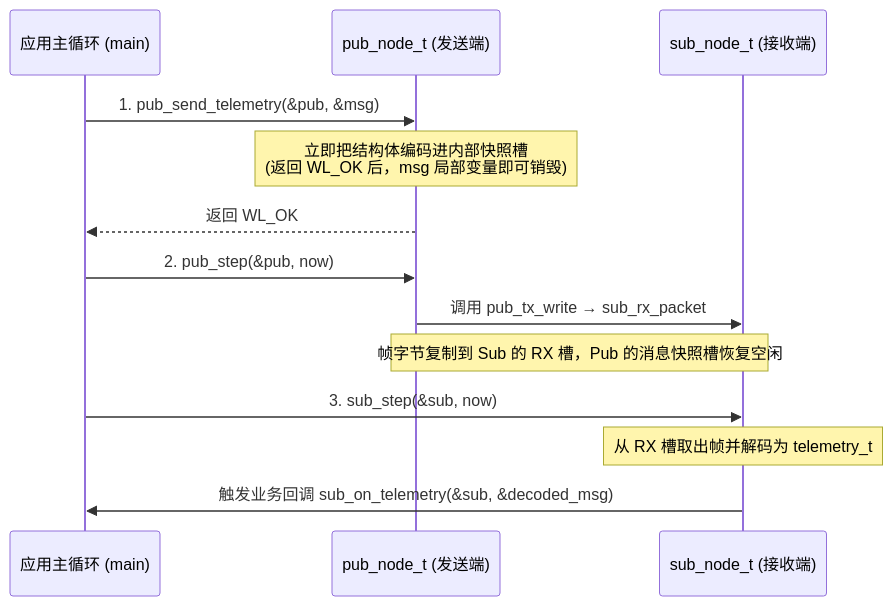
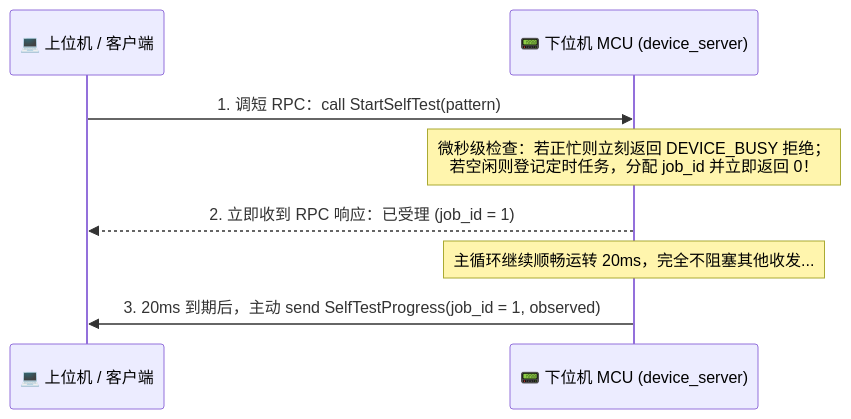
Before and after one commit to starwey604/wirelink: the second of 2 diagrams in site/src/content/docs/zh-cn/learn/02-telemetry.mdx, drawn with Mermaid. The commit also changed other lines of this file and 14 other files, not shown here.

````diff
--- a/site/src/content/docs/zh-cn/learn/02-telemetry.mdx
+++ b/site/src/content/docs/zh-cn/learn/02-telemetry.mdx
@@ -163,18 +174,11 @@
 ```mermaid
 sequenceDiagram
-  participant App as 应用主循环 (main)
-  participant Pub as pub_node_t (发送端)
-  participant Sub as sub_node_t (接收端)
+  participant Client as 💻 上位机 / 客户端
+  participant Server as 📟 下位机 MCU (device_server)
 
-  App->>Pub: 1. pub_send_telemetry(&pub, &msg)
-  Note over Pub: 立即把结构体编码进内部快照槽<br/>(返回 WL_OK 后，msg 局部变量即可销毁)
-  Pub-->>App: 返回 WL_OK
-
-  App->>Pub: 2. pub_step(&pub, now)
-  Pub->>Sub: 调用 pub_tx_write → sub_rx_packet
-  Note over Pub,Sub: 帧字节复制到 Sub 的 RX 槽，Pub 的消息快照槽恢复空闲
-
-  App->>Sub: 3. sub_step(&sub, now)
-  Note over Sub: 从 RX 槽取出帧并解码为 telemetry_t
-  Sub->>App: 触发业务回调 sub_on_telemetry(&sub, &decoded_msg)
+  Client->>Server: 1. 调短 RPC：call StartSelfTest(pattern)
+  Note over Server: 微秒级检查：若正忙则立刻返回 DEVICE_BUSY 拒绝；<br/>若空闲则登记定时任务，分配 job_id 并立即返回 0！
+  Server-->>Client: 2. 立即收到 RPC 响应：已受理 (job_id = 1)
+  Note over Server: 主循环继续顺畅运转 20ms，完全不阻塞其他收发...
+  Server->>Client: 3. 20ms 到期后，主动 send SelfTestProgress(job_id = 1, observed)
 ```
````
